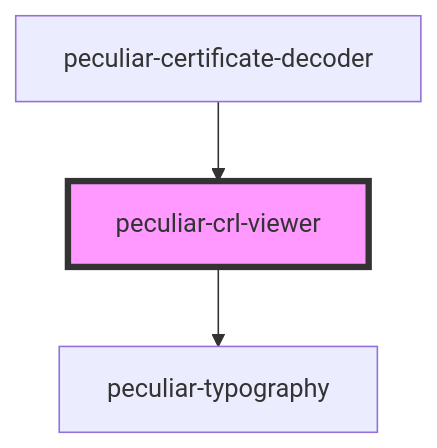
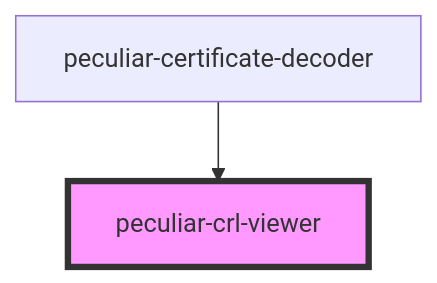
The diagram in packages/webcomponents/src/components/crl-viewer/readme.md (PeculiarVentures/pv-certificates-viewer), drawn with Mermaid before and after one commit. The commit also changed other lines of this file and 100 other files, not shown here.

````diff
--- a/packages/webcomponents/src/components/crl-viewer/readme.md
+++ b/packages/webcomponents/src/components/crl-viewer/readme.md
@@ -31,6 +27,5 @@
 ```mermaid
 graph TD;
-  peculiar-crl-viewer --> peculiar-typography
   peculiar-certificate-decoder --> peculiar-crl-viewer
   style peculiar-crl-viewer fill:#f9f,stroke:#333,stroke-width:4px
 ```
````
